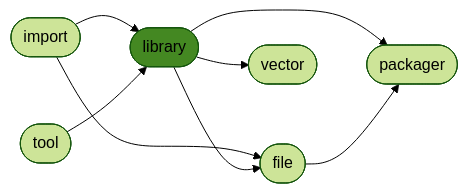
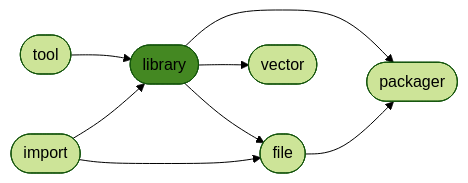
One commit to ManderaGeneral/generallibrary changed the diagram in README.md. Above: the diagram before and after it, drawn with Mermaid (forest theme). The commit also changed other lines of this file, not shown here.

````diff
--- a/README.md
+++ b/README.md
@@ -24,17 +24,17 @@
 ```mermaid
 flowchart LR
 2([library]) --> 5([packager])
+3([file]) --> 5([packager])
+1([tool]) --> 2([library])
+0([import]) --> 2([library])
 0([import]) --> 3([file])
 2([library]) --> 4([vector])
-0([import]) --> 2([library])
-1([tool]) --> 2([library])
 2([library]) --> 3([file])
-3([file]) --> 5([packager])
 click 0 "https://github.com/ManderaGeneral/generalimport"
 click 1 "https://github.com/ManderaGeneral/generaltool"
 click 2 "https://github.com/ManderaGeneral/generallibrary"
 click 3 "https://github.com/ManderaGeneral/generalfile"
 click 4 "https://github.com/ManderaGeneral/generalvector"
 click 5 "https://github.com/ManderaGeneral/generalpackager"
 style 2 fill:#482
 ```
````
